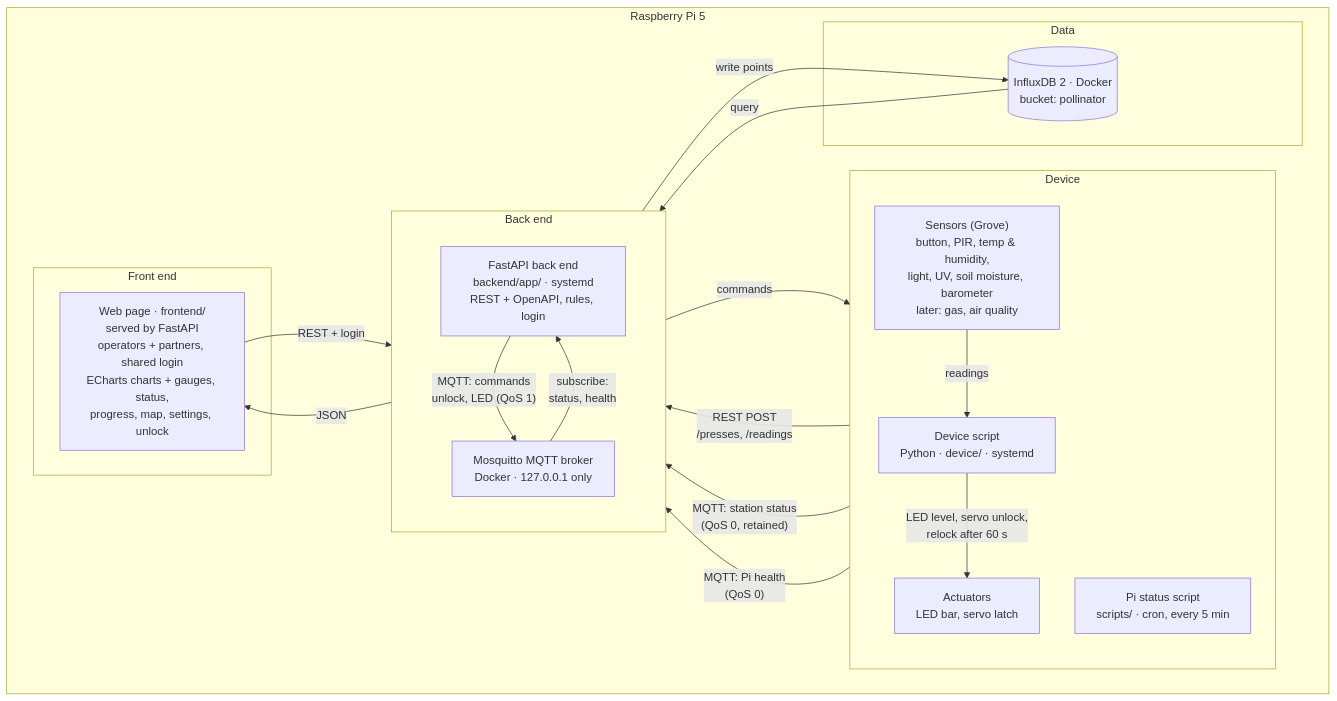
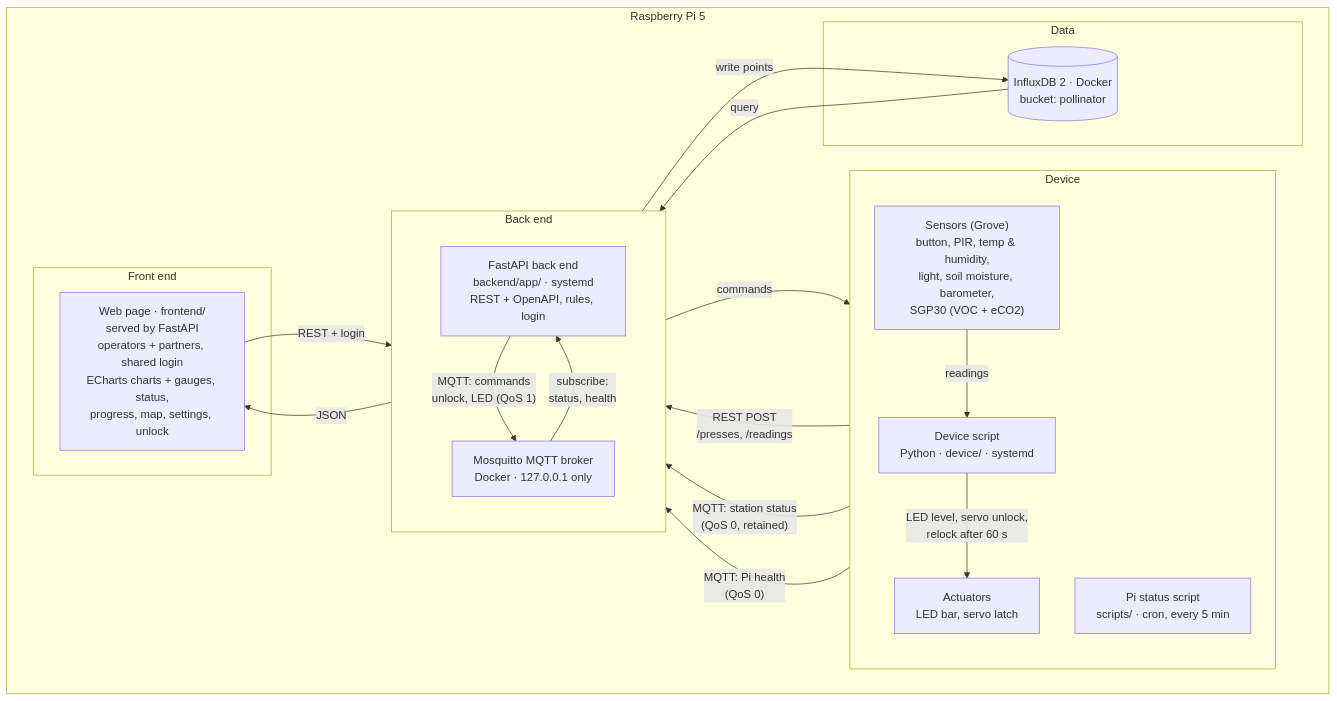
The diagram in docs/architecture.md (marieashtonkoehl/IoT_final_project_2026), drawn with Mermaid before and after one commit. The commit also changed other lines of this file and 4 other files, not shown here.

Commit message:
docs: final sensor list (no UV, SGP30 for VOC/eCO2)

````diff
--- a/docs/architecture.md
+++ b/docs/architecture.md
@@ -9,41 +9,41 @@
 ```mermaid
 flowchart LR
   subgraph PI["Raspberry Pi 5"]
     direction LR
 
     subgraph DEV["Device"]
       direction TB
-      SENS["Sensors (Grove)<br/>button, PIR, temp & humidity,<br/>light, UV, soil moisture, barometer<br/>later: gas, air quality"]
+      SENS["Sensors (Grove)<br/>button, PIR, temp & humidity,<br/>light, soil moisture, barometer,<br/>SGP30 (VOC + eCO2)"]
       ACT["Actuators<br/>LED bar, servo latch"]
       DS["Device script<br/>Python · device/ · systemd"]
       PS["Pi status script<br/>scripts/ · cron, every 5 min"]
     end
 
     subgraph BE["Back end"]
       direction TB
       API["FastAPI back end<br/>backend/app/ · systemd<br/>REST + OpenAPI, rules, login"]
       MQ["Mosquitto MQTT broker<br/>Docker · 127.0.0.1 only"]
     end
 
     subgraph DATA["Data"]
       DB[("InfluxDB 2 · Docker<br/>bucket: pollinator")]
     end
 
     subgraph FE["Front end"]
       WEB["Web page · frontend/<br/>served by FastAPI<br/>operators + partners, shared login<br/>ECharts charts + gauges, status,<br/>progress, map, settings, unlock"]
     end
   end
 
   SENS -- "readings" --> DS
   DS -- "REST POST<br/>/presses, /readings" --> API
   DS -- "MQTT: station status<br/>(QoS 0, retained)" --> MQ
   PS -- "MQTT: Pi health<br/>(QoS 0)" --> MQ
   MQ -- "subscribe:<br/>status, health" --> API
   API -- "MQTT: commands<br/>unlock, LED (QoS 1)" --> MQ
   MQ -- "commands" --> DS
   DS -- "LED level, servo unlock,<br/>relock after 60 s" --> ACT
   API -- "write points" --> DB
   DB -- "query" --> API
   WEB -- "REST + login" --> API
   API -- "JSON" --> WEB
 ```
````
